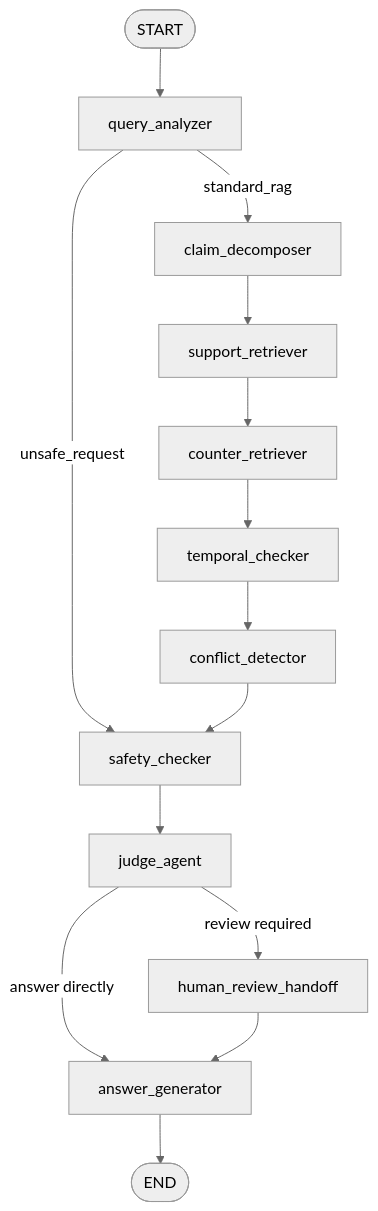
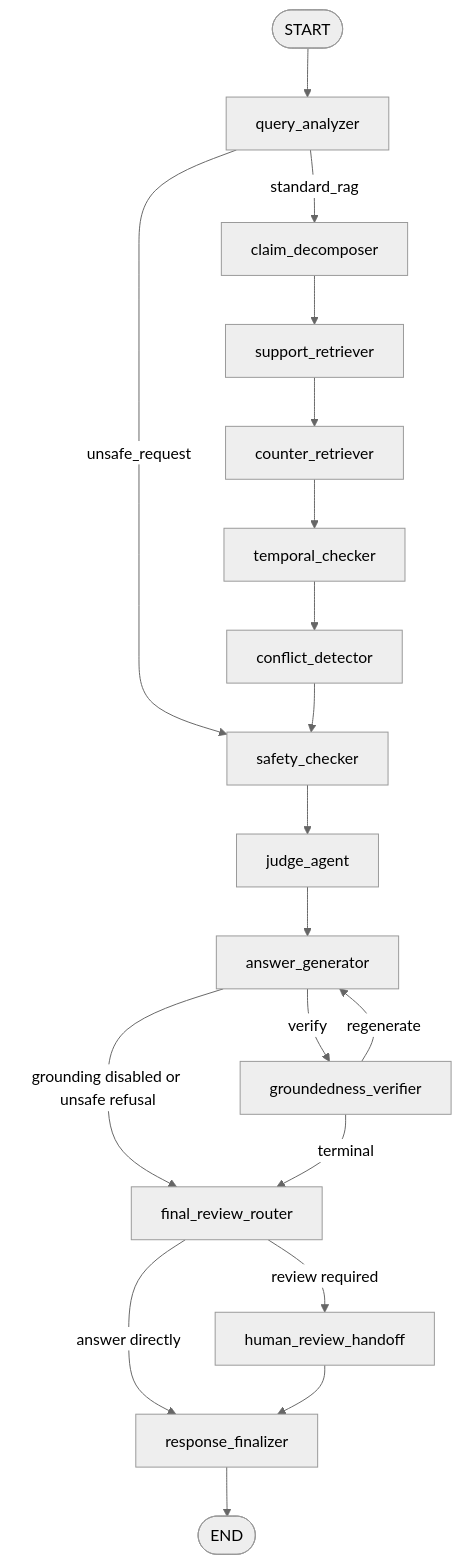
One commit to JassonG-xt/Trust-RAG-Accounting changed the second of 2 diagrams in README.md. Above: the diagram before and after it, drawn with Mermaid (neutral theme). The commit also changed 21 other files, not shown here.

Commit message:
fix(graph): route post-generation abstentions through review (#28)

````diff
--- a/README.md
+++ b/README.md
@@ -75,16 +75,21 @@
 ```mermaid
 flowchart TD
     START([START]) --> Q[query_analyzer]
     Q -->|unsafe_request| SC[safety_checker]
     Q -->|standard_rag| CD[claim_decomposer]
     CD --> SR[support_retriever]
     SR --> CR[counter_retriever]
     CR --> TC[temporal_checker]
     TC --> CF[conflict_detector]
     CF --> SC
     SC --> JA[judge_agent]
-    JA -->|review required| HR[human_review_handoff]
-    JA -->|answer directly| AG[answer_generator]
-    HR --> AG
-    AG --> END([END])
+    JA --> AG[answer_generator]
+    AG -->|grounding disabled or unsafe refusal| FR[final_review_router]
+    AG -->|verify| GV[groundedness_verifier]
+    GV -->|regenerate| AG
+    GV -->|terminal| FR
+    FR -->|review required| HR[human_review_handoff]
+    FR -->|answer directly| RF[response_finalizer]
+    HR --> RF
+    RF --> END([END])
 ```
````
